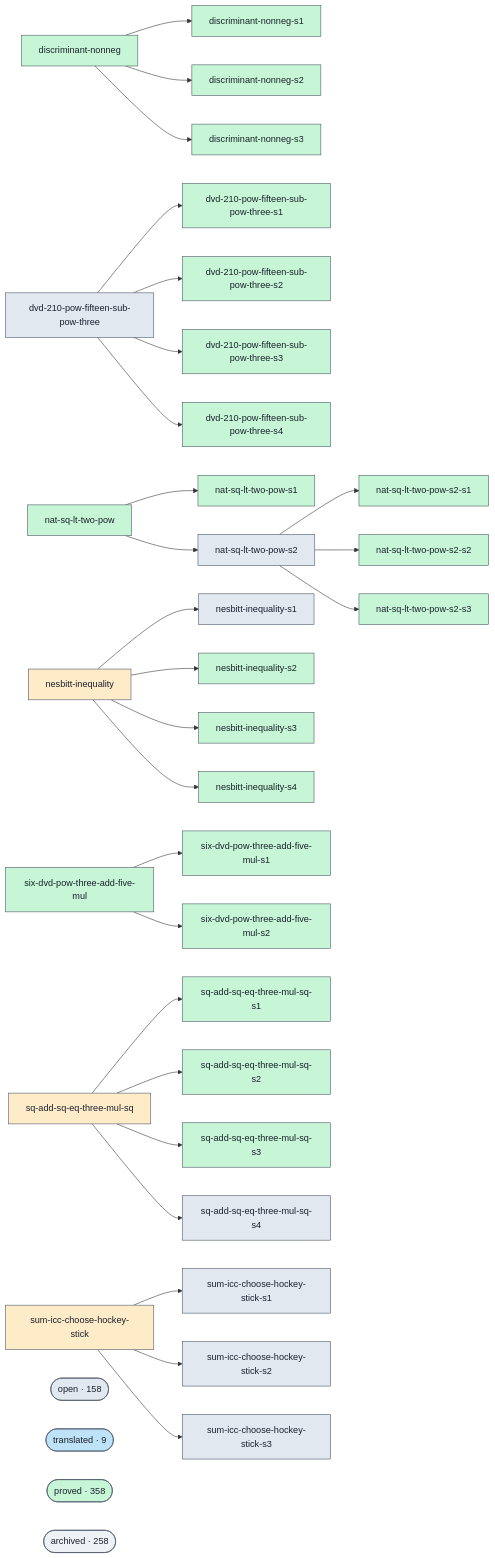
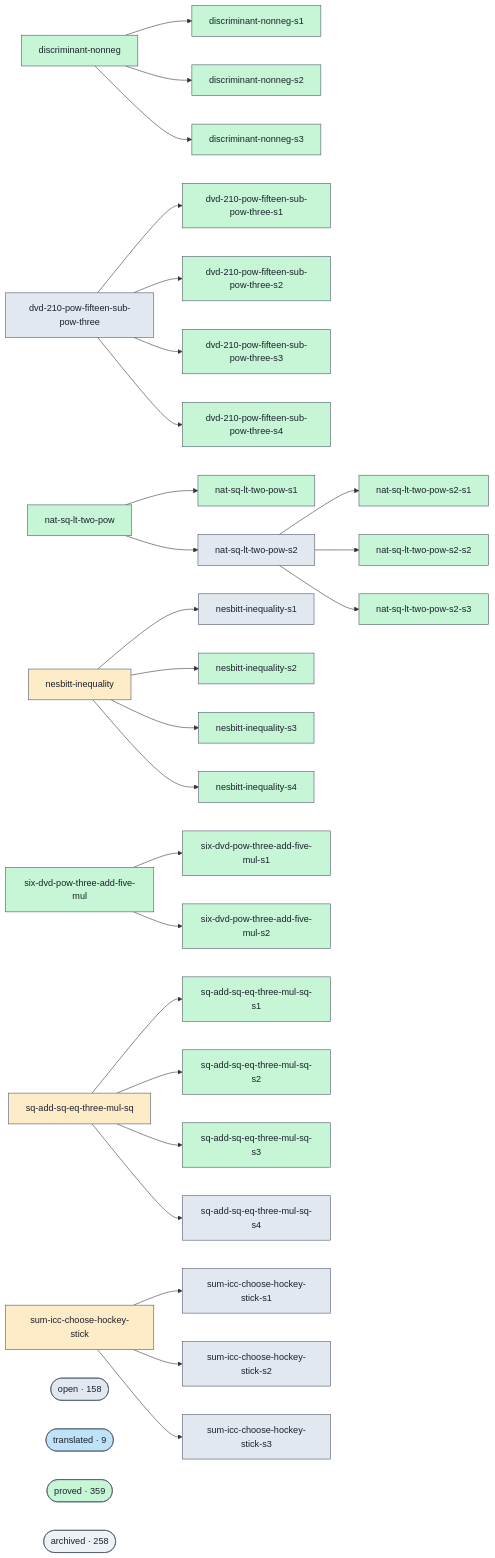
Before and after one commit to Rauxon/unsorry: the diagram in docs/proofs-contributors-visualisation.md, drawn with Mermaid. The commit also changed other lines of this file and 2 other files, not shown here.

```diff
--- a/docs/proofs-contributors-visualisation.md
+++ b/docs/proofs-contributors-visualisation.md
@@ -147,7 +147,7 @@
   class cluster_open open;
   cluster_translated(["translated · 9"])
   class cluster_translated translated;
-  cluster_proved(["proved · 358"])
+  cluster_proved(["proved · 359"])
   class cluster_proved proved;
   cluster_archived(["archived · 258"])
   class cluster_archived unknown;
```
